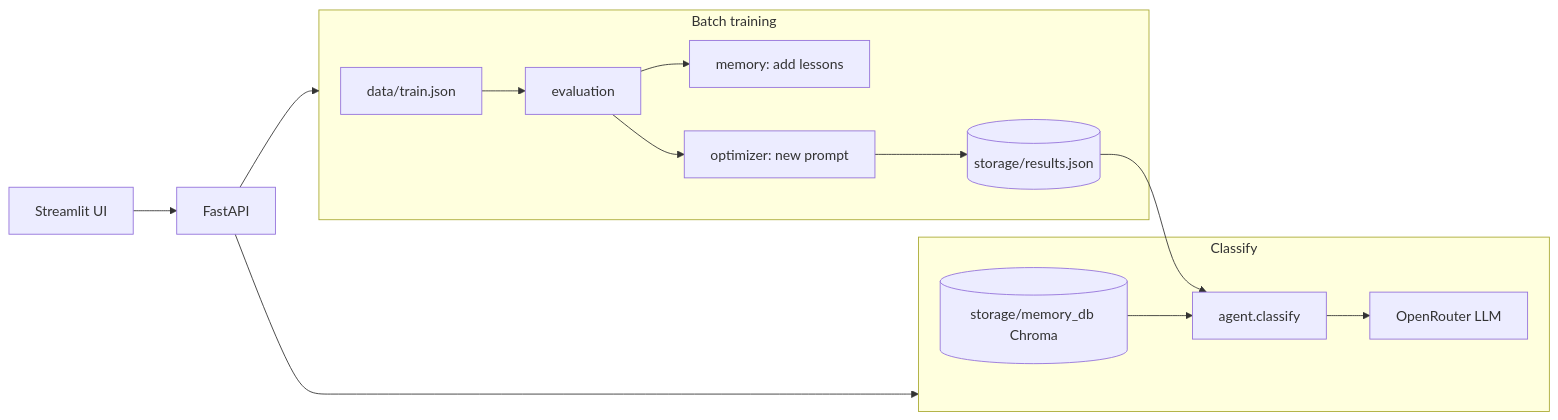
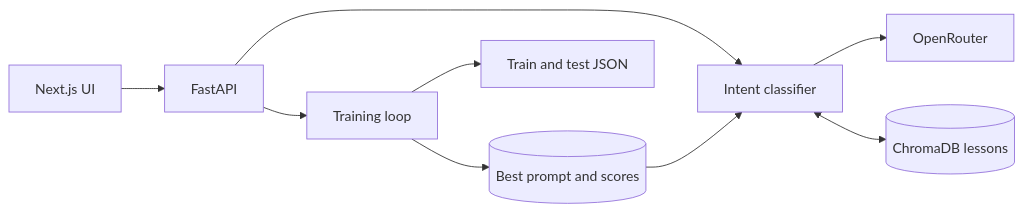
The diagram in README.md (chathuri-gluonforce/hawkeye-assistant), drawn with Mermaid before and after one commit. The commit also changed other lines of this file, not shown here.

````diff
--- a/README.md
+++ b/README.md
@@ -27,17 +28,11 @@
 ```mermaid
 flowchart LR
-  subgraph training [Batch training]
-    TR[data/train.json] --> EV[evaluation]
-    EV --> MEM1[memory: add lessons]
-    EV --> OPRO[optimizer: new prompt]
-    OPRO --> RES[(storage/results.json)]
-  end
-  subgraph inference [Classify]
-    RES --> CL[agent.classify]
-    DB[(storage/memory_db Chroma)] --> CL
-    CL --> LLM[OpenRouter LLM]
-  end
-  UI[Streamlit UI] --> API[FastAPI]
-  API --> training
-  API --> inference
+  Browser[Next.js UI] --> API[FastAPI]
+  API --> Classify[Intent classifier]
+  Classify --> LLM[OpenRouter]
+  Classify <--> Memory[(ChromaDB lessons)]
+  API --> Training[Training loop]
+  Training --> Data[Train and test JSON]
+  Training --> Results[(Best prompt and scores)]
+  Results --> Classify
 ```
````
